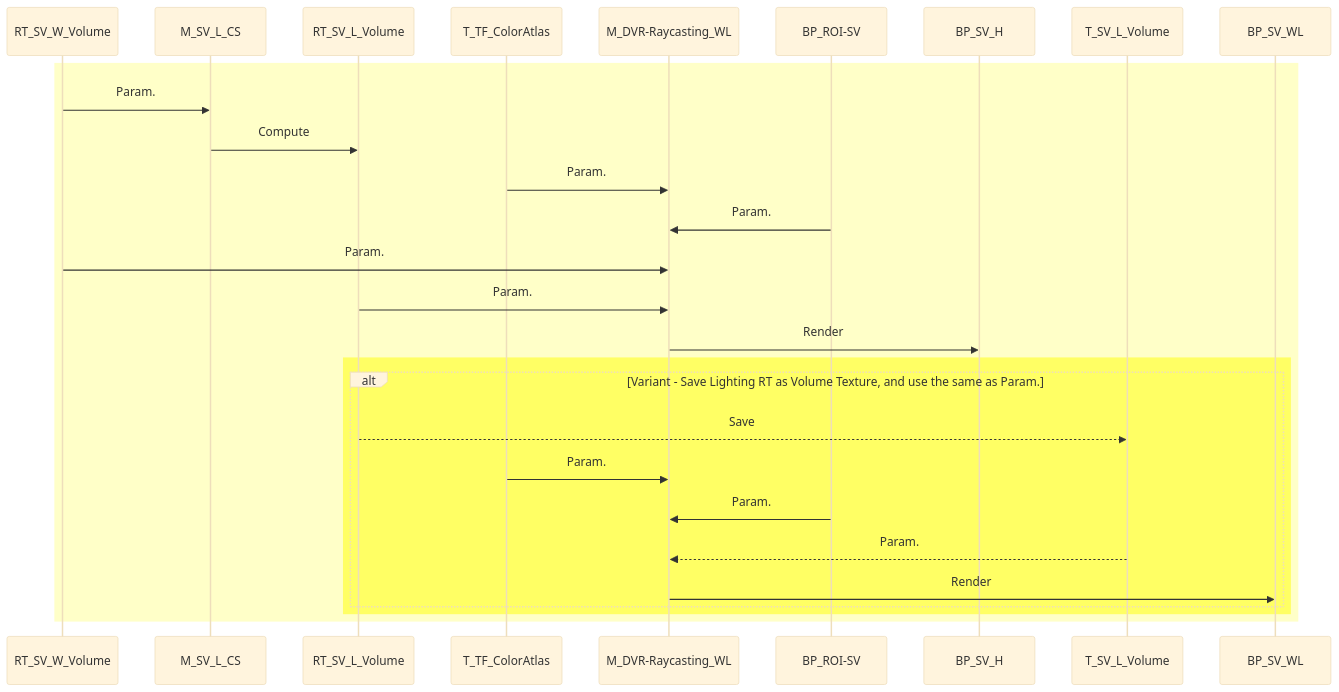
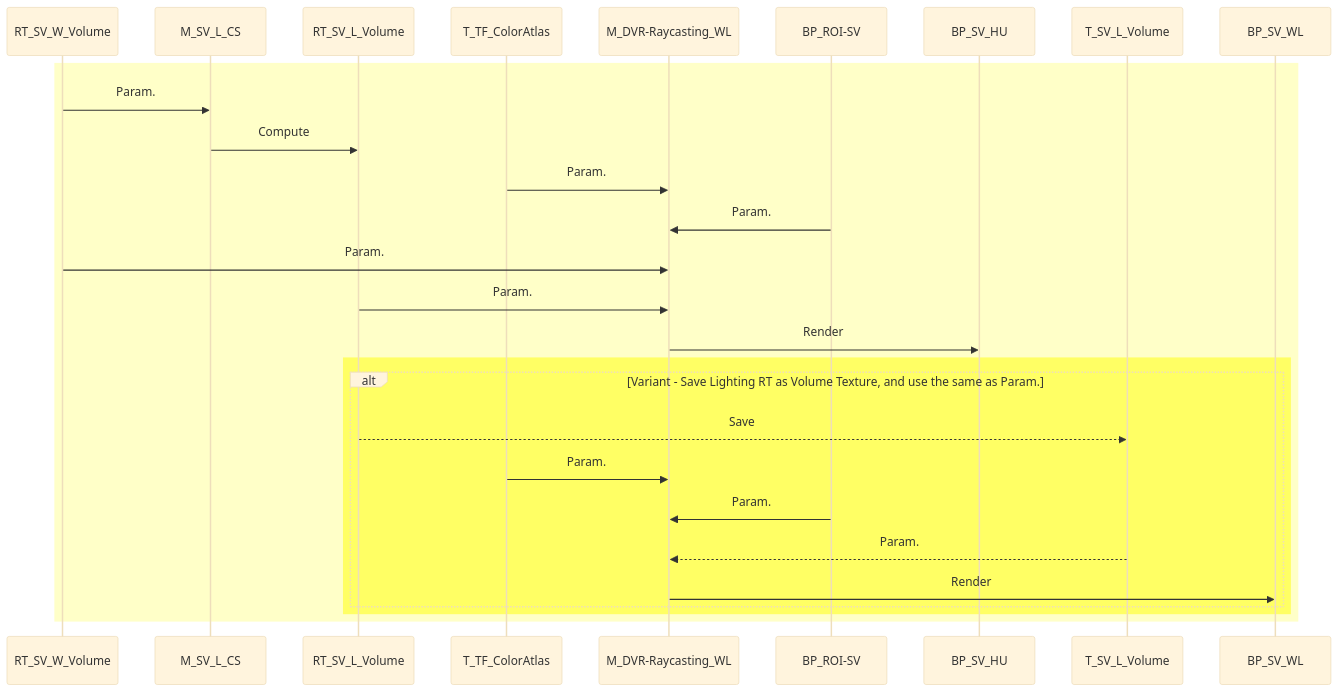
Before and after one commit to brugr9/UEPluginVolumeCreator: the third of 7 diagrams in README.md, drawn with Mermaid (base theme). The commit also changed other lines of this file, not shown here.

````diff
--- a/README.md
+++ b/README.md
@@ -189,21 +189,21 @@
 ```mermaid
 sequenceDiagram
   rect rgb(255, 255, 200)
     RT_SV_W_Volume->>M_SV_L_CS: Param.
     M_SV_L_CS->>RT_SV_L_Volume: Compute
     T_TF_ColorAtlas->>M_DVR-Raycasting_WL: Param.
     BP_ROI-SV->>M_DVR-Raycasting_WL: Param.
     RT_SV_W_Volume->>M_DVR-Raycasting_WL: Param.
     RT_SV_L_Volume->>M_DVR-Raycasting_WL: Param.
-    M_DVR-Raycasting_WL->>BP_SV_H: Render
+    M_DVR-Raycasting_WL->>BP_SV_HU: Render
     rect rgb(255, 255, 100)
       alt Variant - Save Lighting RT as Volume Texture, and use the same as Param.
         RT_SV_L_Volume-->>T_SV_L_Volume: Save
         T_TF_ColorAtlas->>M_DVR-Raycasting_WL: Param.
         BP_ROI-SV->>M_DVR-Raycasting_WL: Param.
         T_SV_L_Volume-->>M_DVR-Raycasting_WL: Param.
         M_DVR-Raycasting_WL->>BP_SV_WL: Render
       end
     end
   end
 ```
````
